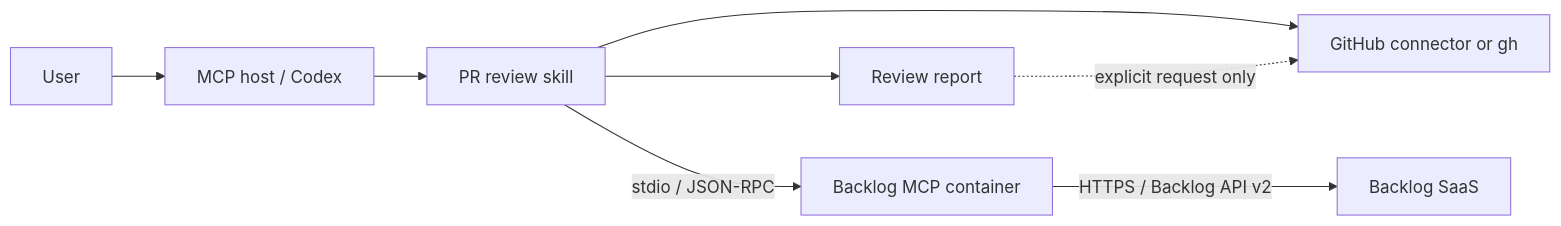
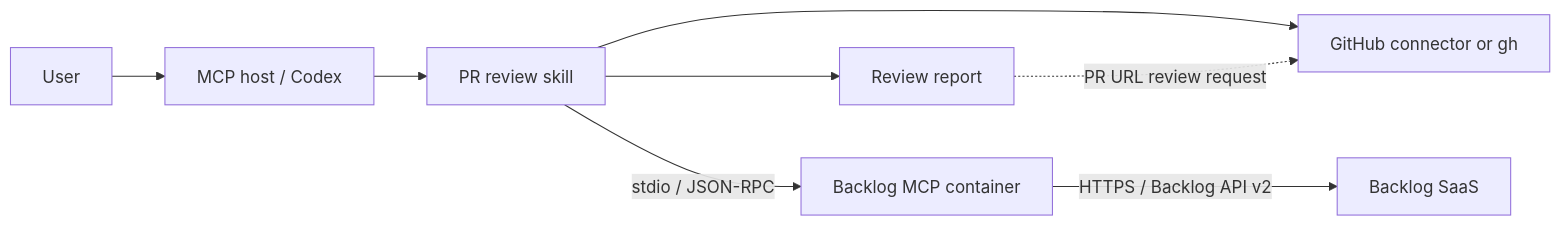
Before and after one commit to htakumi08/mcp-pr-review: the first of 2 diagrams in docs/architecture.md, drawn with Mermaid. The commit also changed other lines of this file and 13 other files, not shown here.

````diff
--- a/docs/architecture.md
+++ b/docs/architecture.md
@@ -22,10 +22,10 @@
 ```mermaid
 flowchart LR
     U["User"] --> H["MCP host / Codex"]
     H --> S["PR review skill"]
     S --> G["GitHub connector or gh"]
     S -->|"stdio / JSON-RPC"| M["Backlog MCP container"]
     M -->|"HTTPS / Backlog API v2"| B["Backlog SaaS"]
     S --> R["Review report"]
-    R -. "explicit request only" .-> G
+    R -. "PR URL review request" .-> G
 ```
````
